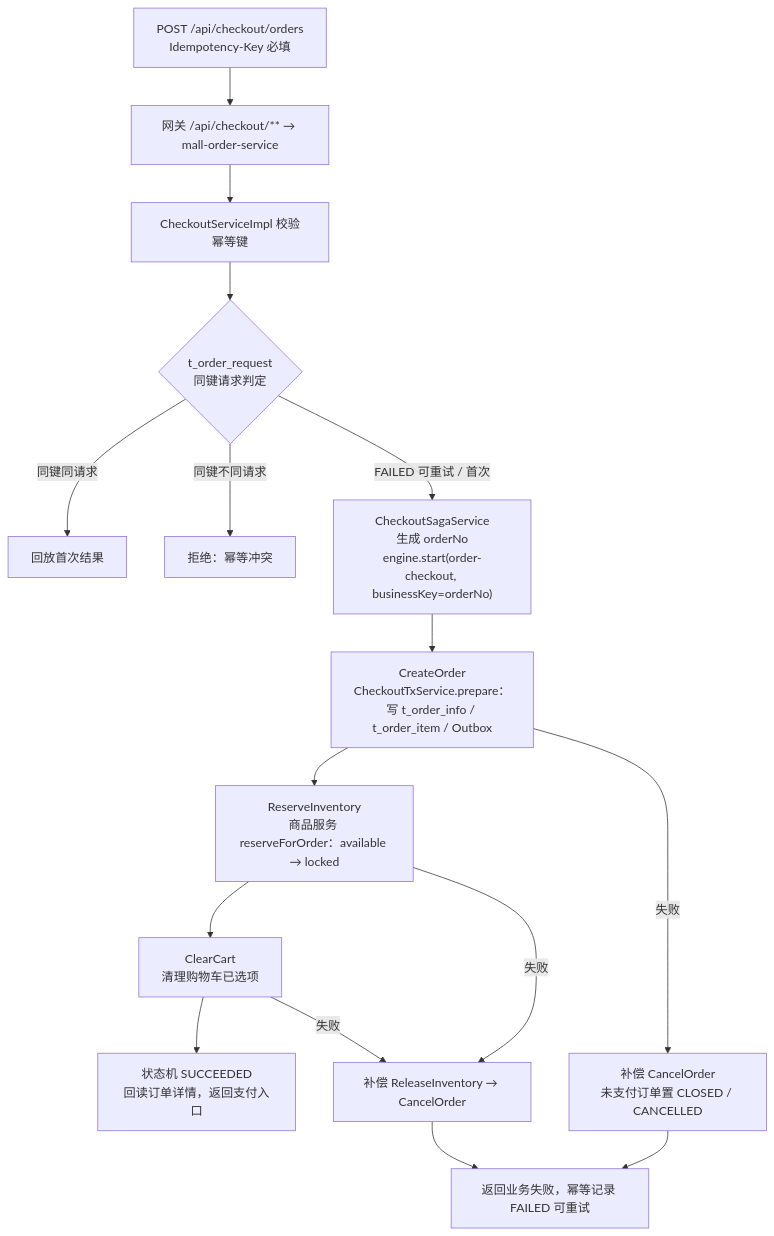
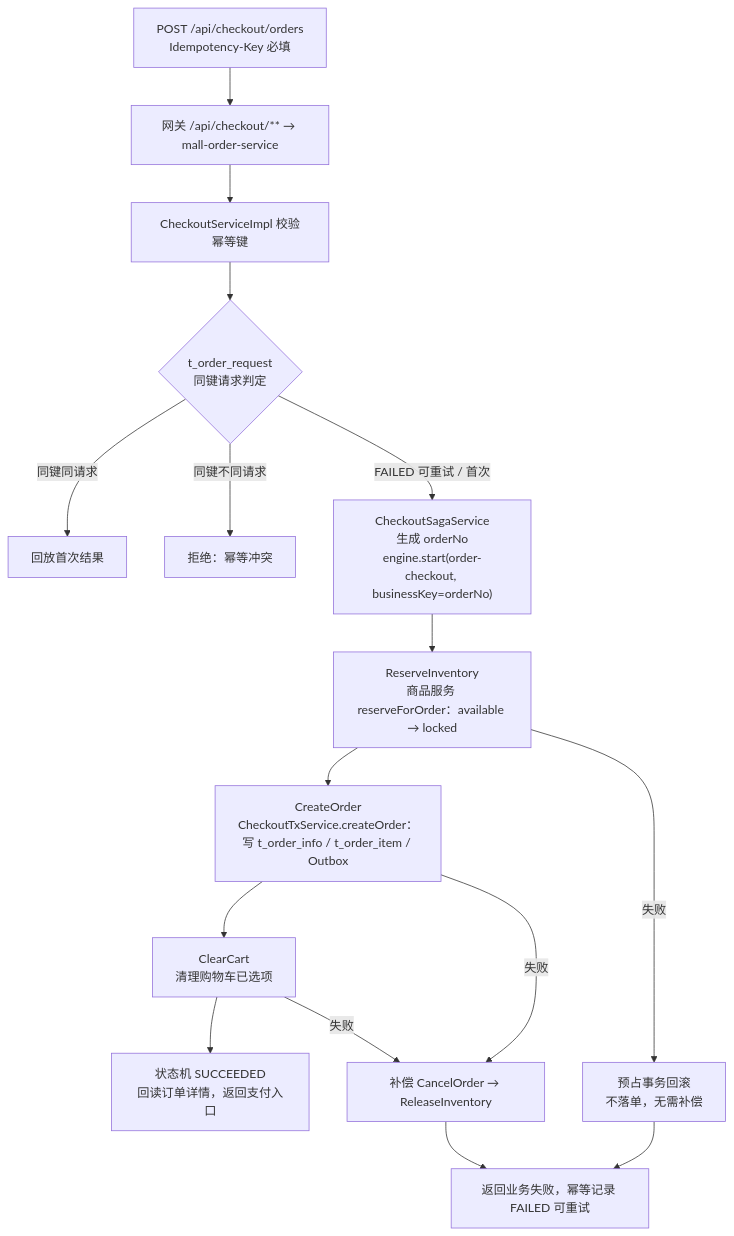
Before and after one commit to cpc-lib/mall: the seventh of 12 diagrams in README.md, drawn with Mermaid. The commit also changed other lines of this file and 12 other files, not shown here.

````diff
--- a/README.md
+++ b/README.md
@@ -1529,18 +1533,18 @@
 ```mermaid
 flowchart TD
     A["POST /api/checkout/orders<br/>Idempotency-Key 必填"] --> B["网关 /api/checkout/** → mall-order-service"]
     B --> C["CheckoutServiceImpl 校验幂等键"]
     C --> D{"t_order_request<br/>同键请求判定"}
     D -->|"同键同请求"| D1["回放首次结果"]
     D -->|"同键不同请求"| D2["拒绝：幂等冲突"]
     D -->|"FAILED 可重试 / 首次"| E["CheckoutSagaService<br/>生成 orderNo<br/>engine.start(order-checkout, businessKey=orderNo)"]
-    E --> F["CreateOrder<br/>CheckoutTxService.prepare：写 t_order_info / t_order_item / Outbox"]
-    F --> G["ReserveInventory<br/>商品服务 reserveForOrder：available → locked"]
+    E --> F["ReserveInventory<br/>商品服务 reserveForOrder：available → locked"]
+    F --> G["CreateOrder<br/>CheckoutTxService.createOrder：写 t_order_info / t_order_item / Outbox"]
     G --> H["ClearCart<br/>清理购物车已选项"]
     H --> I["状态机 SUCCEEDED<br/>回读订单详情，返回支付入口"]
-    F -->|"失败"| X["补偿 CancelOrder<br/>未支付订单置 CLOSED / CANCELLED"]
-    G -->|"失败"| Y["补偿 ReleaseInventory → CancelOrder"]
+    F -->|"失败"| X["预占事务回滚<br/>不落单，无需补偿"]
+    G -->|"失败"| Y["补偿 CancelOrder → ReleaseInventory"]
     H -->|"失败"| Y
     X --> Z["返回业务失败，幂等记录 FAILED 可重试"]
     Y --> Z
 ```
````
